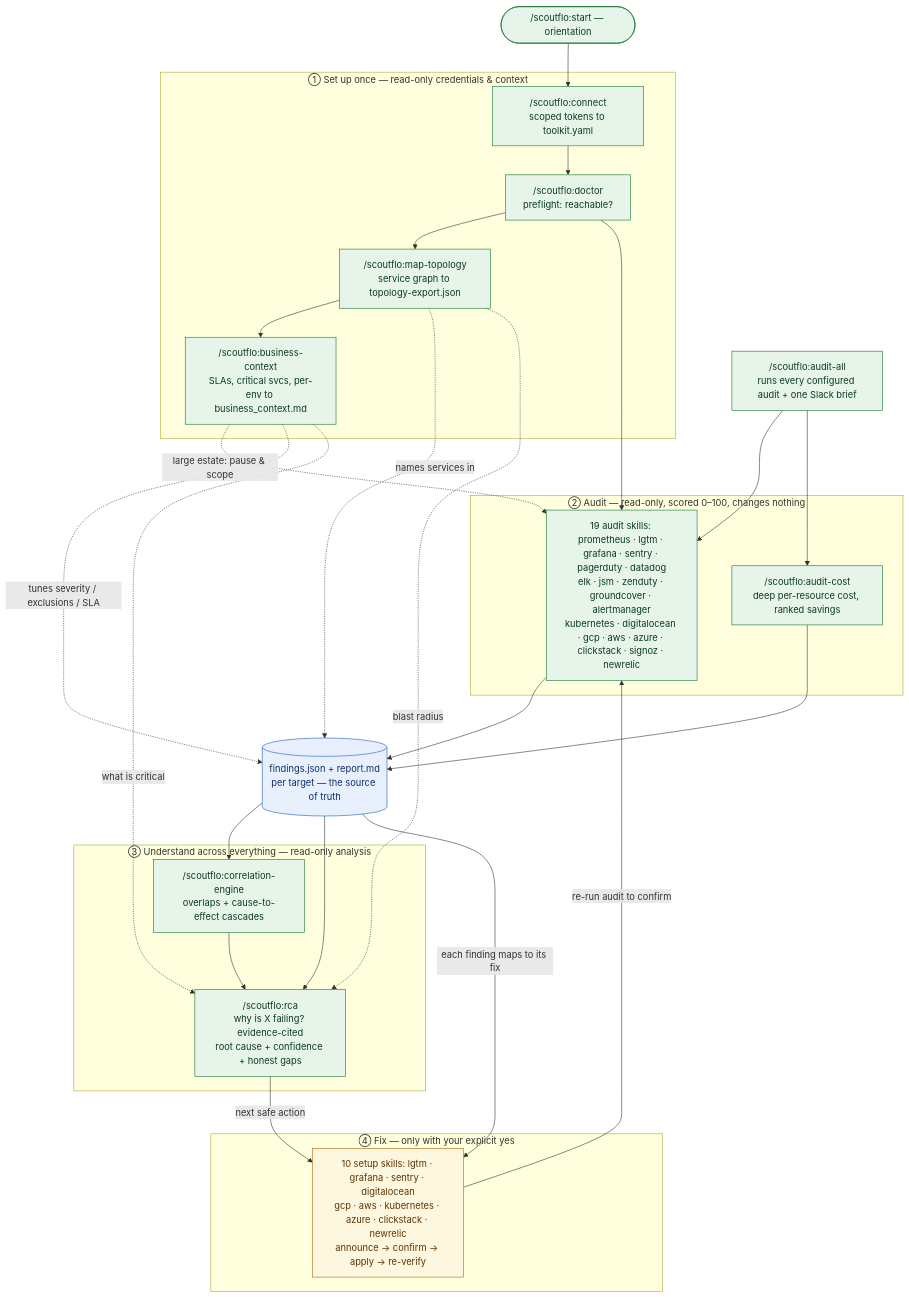
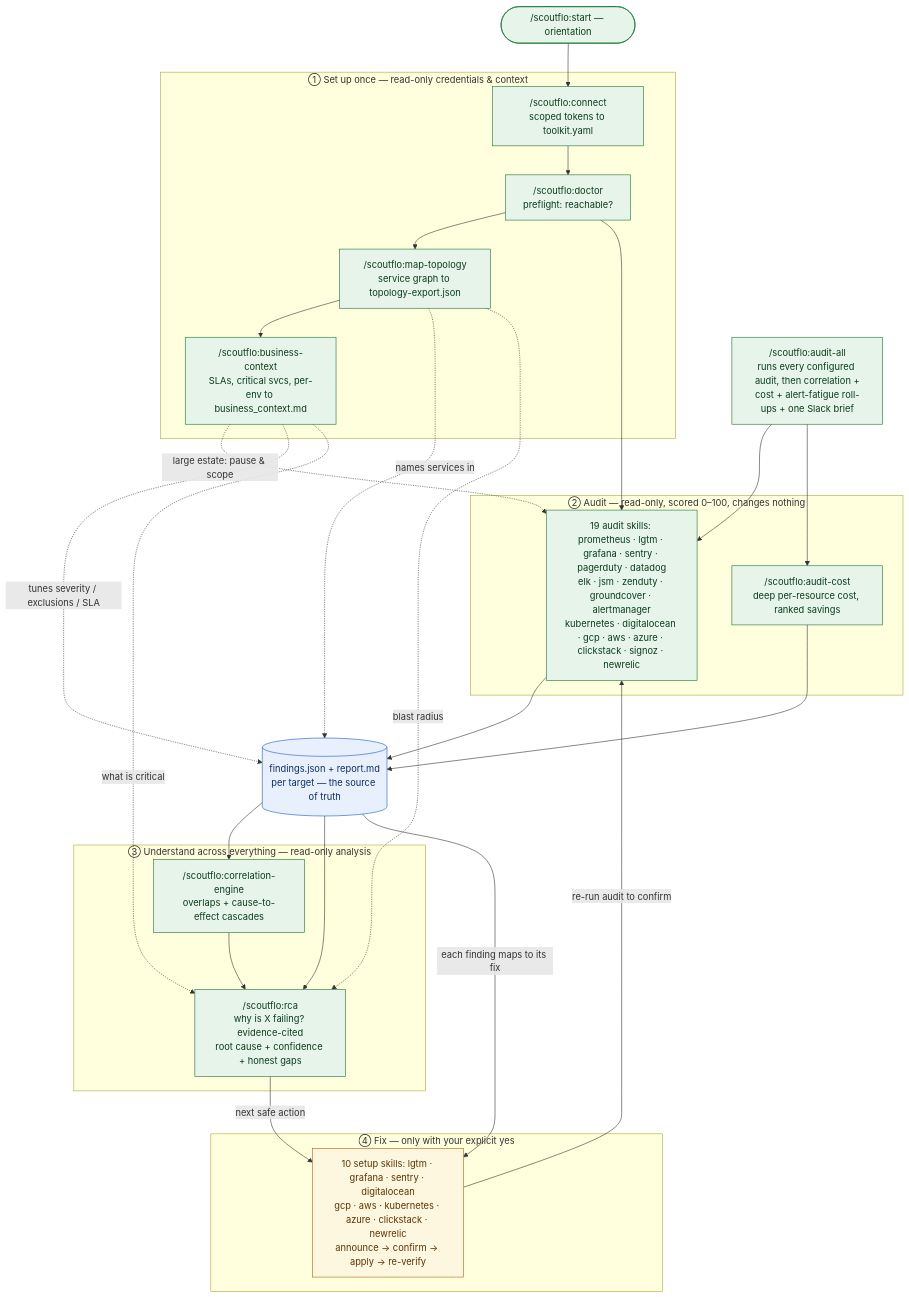
The diagram in README.md (Scoutflo/ai-readiness), drawn with Mermaid before and after one commit. The commit also changed 5 other files, not shown here.

First line of the commit message:
fix: doc-currency sweep — stale audit counts + audit-all diagram node (v0.1.191)

````diff
--- a/README.md
+++ b/README.md
@@ -16,54 +16,54 @@
 ```mermaid
 flowchart TD
     start(["/scoutflo:start — orientation"])
 
     subgraph SETUP["① Set up once — read-only credentials & context"]
         connect["/scoutflo:connect<br/>scoped tokens to toolkit.yaml"]
         doctor["/scoutflo:doctor<br/>preflight: reachable?"]
         topo["/scoutflo:map-topology<br/>service graph to topology-export.json"]
         bctx["/scoutflo:business-context<br/>SLAs, critical svcs, per-env to business_context.md"]
     end
 
     subgraph AUDIT["② Audit — read-only, scored 0–100, changes nothing"]
         aud["19 audit skills: prometheus · lgtm · grafana · sentry · pagerduty · datadog<br/>elk · jsm · zenduty · groundcover · alertmanager<br/>kubernetes · digitalocean · gcp · aws · azure · clickstack · signoz · newrelic"]
         cost["/scoutflo:audit-cost<br/>deep per-resource cost, ranked savings"]
     end
 
-    all["/scoutflo:audit-all<br/>runs every configured audit + one Slack brief"]
+    all["/scoutflo:audit-all<br/>runs every configured audit, then correlation +<br/>cost + alert-fatigue roll-ups + one Slack brief"]
     findings[("findings.json + report.md<br/>per target — the source of truth")]
 
     subgraph CORRELATE["③ Understand across everything — read-only analysis"]
         corr["/scoutflo:correlation-engine<br/>overlaps + cause-to-effect cascades"]
         rca["/scoutflo:rca<br/>why is X failing? evidence-cited<br/>root cause + confidence + honest gaps"]
     end
 
     subgraph FIX["④ Fix — only with your explicit yes"]
         setup["10 setup skills: lgtm · grafana · sentry · digitalocean<br/>gcp · aws · kubernetes · azure · clickstack · newrelic<br/>announce → confirm → apply → re-verify"]
     end
 
     start --> connect --> doctor
     doctor --> topo --> bctx
     bctx -.->|large estate: pause & scope| aud
     doctor --> aud
     aud --> findings
     cost --> findings
     all --> aud
     all --> cost
     topo -. names services in .-> findings
     bctx -. tunes severity / exclusions / SLA .-> findings
     findings --> corr
     corr --> rca
     topo -. blast radius .-> rca
     bctx -. what is critical .-> rca
     findings --> rca
     rca -->|next safe action| setup
     findings -->|each finding maps to its fix| setup
     setup -->|re-run audit to confirm| aud
 
     classDef ro fill:#e6f4ea,stroke:#137333,color:#0b3d1a;
     classDef write fill:#fef7e0,stroke:#b06000,color:#5c3400;
     classDef data fill:#e8f0fe,stroke:#1a56c4,color:#0b2e6b;
     class start,connect,doctor,topo,bctx,aud,cost,all,corr,rca ro;
     class setup write;
     class findings data;
 ```
````
